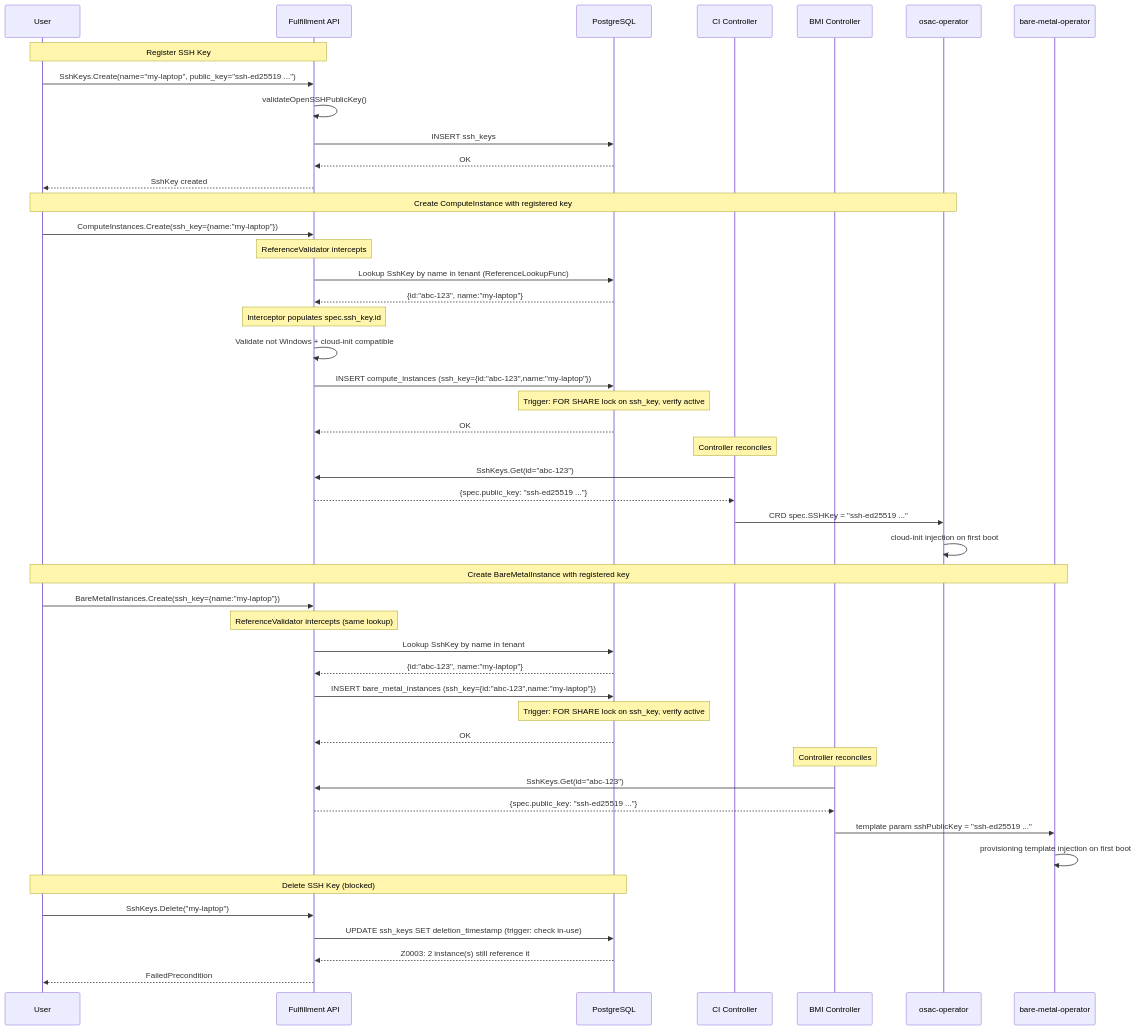
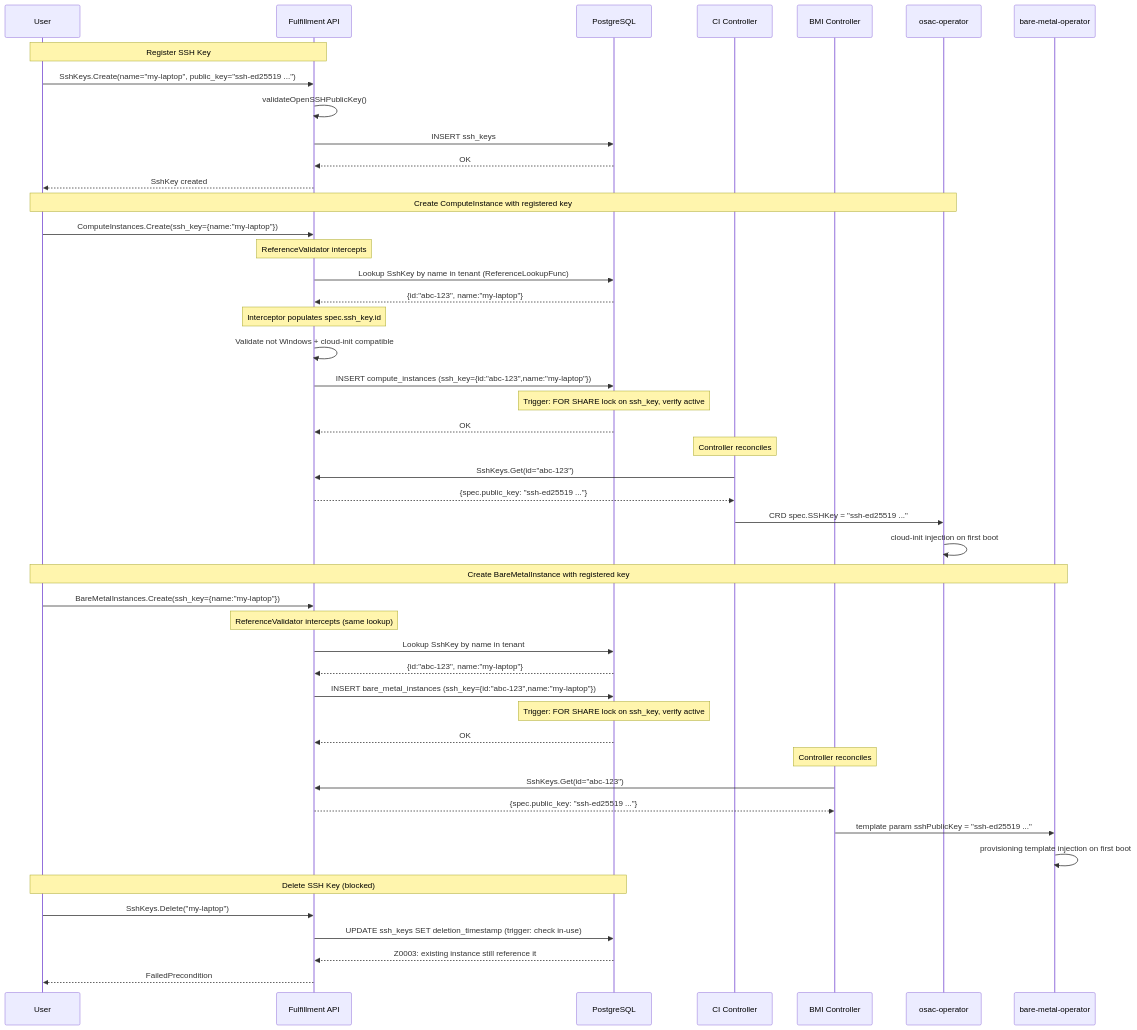
Before and after one commit to osac-project/enhancement-proposals: the diagram in enhancements/OSAC-51-ssh-key-registry/design.md, drawn with Mermaid. The commit also changed other lines of this file, not shown here.

````diff
--- a/enhancements/OSAC-51-ssh-key-registry/design.md
+++ b/enhancements/OSAC-51-ssh-key-registry/design.md
@@ -116,53 +116,53 @@
 ```mermaid
 sequenceDiagram
     participant User
     participant API as Fulfillment API
     participant DB as PostgreSQL
     participant CICtrl as CI Controller
     participant BMICtrl as BMI Controller
     participant Op as osac-operator
     participant BMOp as bare-metal-operator
 
     Note over User,API: Register SSH Key
     User->>API: SshKeys.Create(name="my-laptop", public_key="ssh-ed25519 ...")
     API->>API: validateOpenSSHPublicKey()
     API->>DB: INSERT ssh_keys
     DB-->>API: OK
     API-->>User: SshKey created
 
     Note over User,Op: Create ComputeInstance with registered key
     User->>API: ComputeInstances.Create(ssh_key={name:"my-laptop"})
     Note over API: ReferenceValidator intercepts
     API->>DB: Lookup SshKey by name in tenant (ReferenceLookupFunc)
     DB-->>API: {id:"abc-123", name:"my-laptop"}
     Note over API: Interceptor populates spec.ssh_key.id
     API->>API: Validate not Windows + cloud-init compatible
     API->>DB: INSERT compute_instances (ssh_key={id:"abc-123",name:"my-laptop"})
     Note over DB: Trigger: FOR SHARE lock on ssh_key, verify active
     DB-->>API: OK
     Note over CICtrl: Controller reconciles
     CICtrl->>API: SshKeys.Get(id="abc-123")
     API-->>CICtrl: {spec.public_key: "ssh-ed25519 ..."}
     CICtrl->>Op: CRD spec.SSHKey = "ssh-ed25519 ..."
     Op->>Op: cloud-init injection on first boot
 
     Note over User,BMOp: Create BareMetalInstance with registered key
     User->>API: BareMetalInstances.Create(ssh_key={name:"my-laptop"})
     Note over API: ReferenceValidator intercepts (same lookup)
     API->>DB: Lookup SshKey by name in tenant
     DB-->>API: {id:"abc-123", name:"my-laptop"}
     API->>DB: INSERT bare_metal_instances (ssh_key={id:"abc-123",name:"my-laptop"})
     Note over DB: Trigger: FOR SHARE lock on ssh_key, verify active
     DB-->>API: OK
     Note over BMICtrl: Controller reconciles
     BMICtrl->>API: SshKeys.Get(id="abc-123")
     API-->>BMICtrl: {spec.public_key: "ssh-ed25519 ..."}
     BMICtrl->>BMOp: template param sshPublicKey = "ssh-ed25519 ..."
     BMOp->>BMOp: provisioning template injection on first boot
 
     Note over User,DB: Delete SSH Key (blocked)
     User->>API: SshKeys.Delete("my-laptop")
     API->>DB: UPDATE ssh_keys SET deletion_timestamp (trigger: check in-use)
-    DB-->>API: Z0003: 2 instance(s) still reference it
+    DB-->>API: Z0003: existing instance still reference it
     API-->>User: FailedPrecondition
 ```
````
